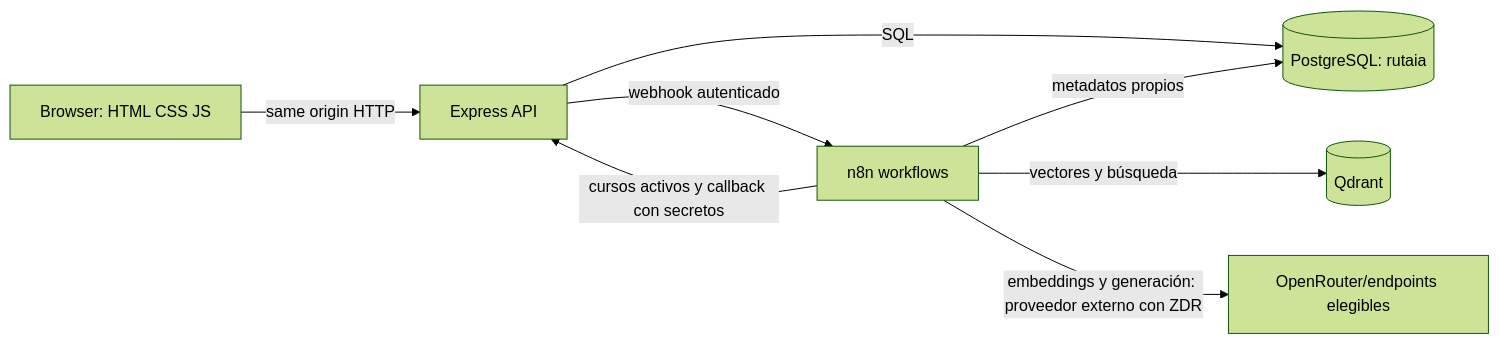
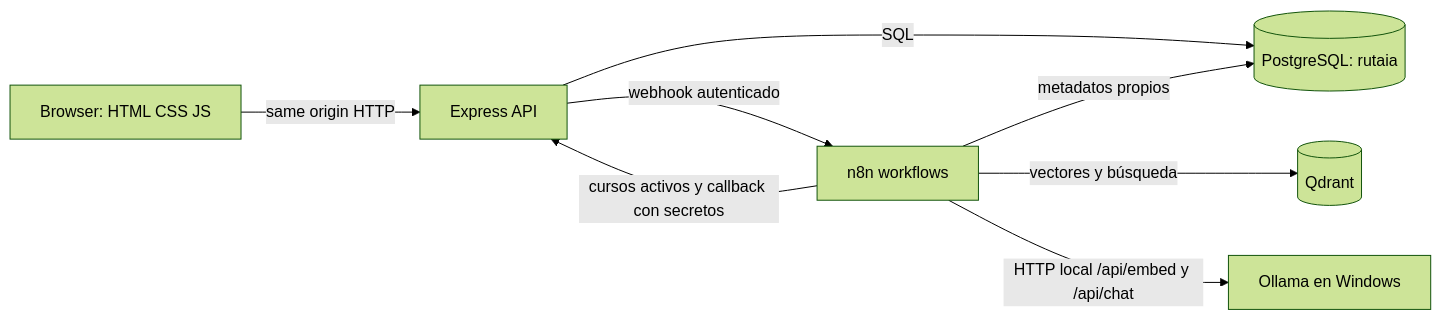
Before and after one commit to TOTO05-a/ruta-ia: the diagram in docs/MANUAL_PROYECTO.md, drawn with Mermaid (forest theme). The commit also changed other lines of this file and 14 other files, not shown here.

Commit message:
feat: migrar RAG a Ollama local

````diff
--- a/docs/MANUAL_PROYECTO.md
+++ b/docs/MANUAL_PROYECTO.md
@@ -32,10 +32,10 @@
 ```mermaid
 flowchart LR
   Browser[Browser: HTML CSS JS] -->|same origin HTTP| API[Express API]
   API -->|SQL| PG[(PostgreSQL: rutaia)]
   API -->|webhook autenticado| N8N[n8n workflows]
   N8N -->|cursos activos y callback con secretos| API
   N8N -->|vectores y búsqueda| Q[(Qdrant)]
-  N8N -->|embeddings y generación: proveedor externo con ZDR| OR[OpenRouter/endpoints elegibles]
+  N8N -->|HTTP local /api/embed y /api/chat| O[Ollama en Windows]
   N8N -->|metadatos propios| PG
 ```
````
